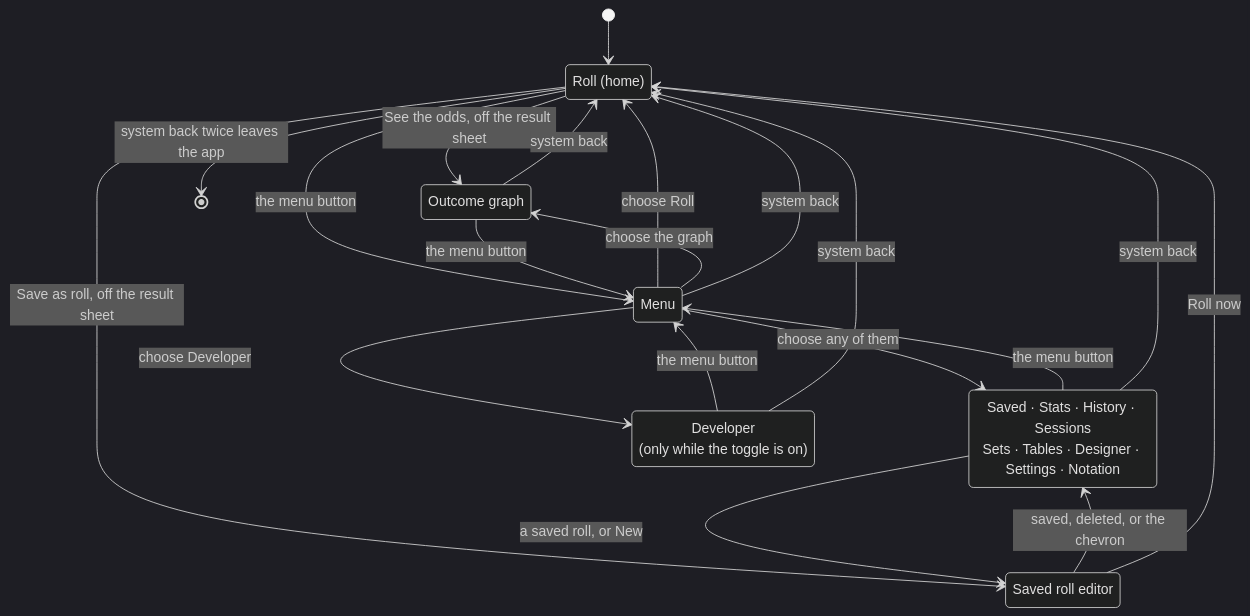
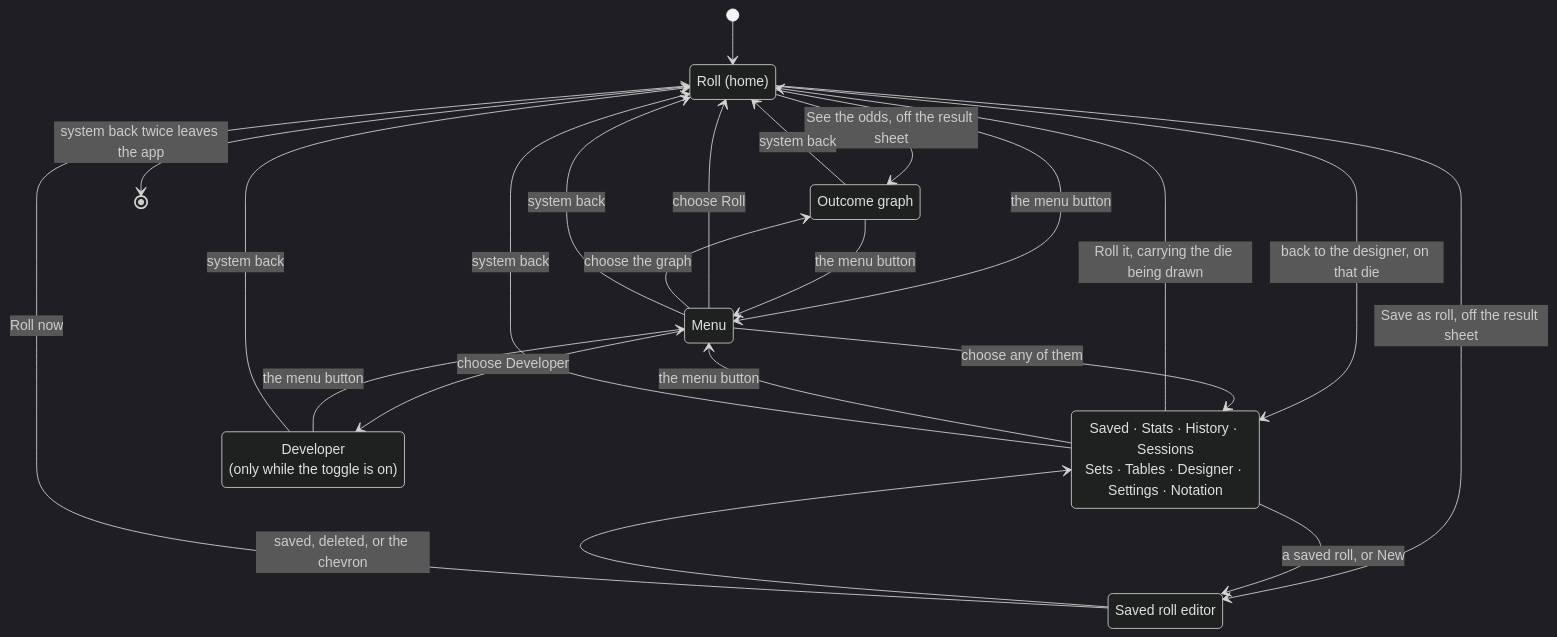
Before and after one commit to drehtuer/dInfinityApp: the first of 8 diagrams in docs/architecture.md, drawn with Mermaid (dark theme). The commit also changed other lines of this file and 5 other files, not shown here.

````diff
--- a/docs/architecture.md
+++ b/docs/architecture.md
@@ -235,29 +235,31 @@
 ```mermaid
 stateDiagram-v2
     [*] --> Roll
     Roll: Roll (home)
     Menu: Menu
     Graph: Outcome graph
     Screen: Saved · Stats · History · Sessions<br/>Sets · Tables · Designer · Settings · Notation
     Editor: Saved roll editor
     Developer: Developer<br/>(only while the toggle is on)
 
     Roll --> Graph: See the odds, off the result sheet
     Roll --> Editor: Save as roll, off the result sheet
     Roll --> Menu: the menu button
+    Screen --> Roll: Roll it, carrying the die being drawn
+    Roll --> Screen: back to the designer, on that die
     Screen --> Editor: a saved roll, or New
     Editor --> Screen: saved, deleted, or the chevron
     Editor --> Roll: Roll now
     Graph --> Menu: the menu button
     Screen --> Menu: the menu button
     Developer --> Menu: the menu button
     Menu --> Roll: choose Roll
     Menu --> Graph: choose the graph
     Menu --> Screen: choose any of them
     Menu --> Developer: choose Developer
     Graph --> Roll: system back
     Screen --> Roll: system back
     Developer --> Roll: system back
     Menu --> Roll: system back
     Roll --> [*]: system back twice leaves the app
 ```
````
